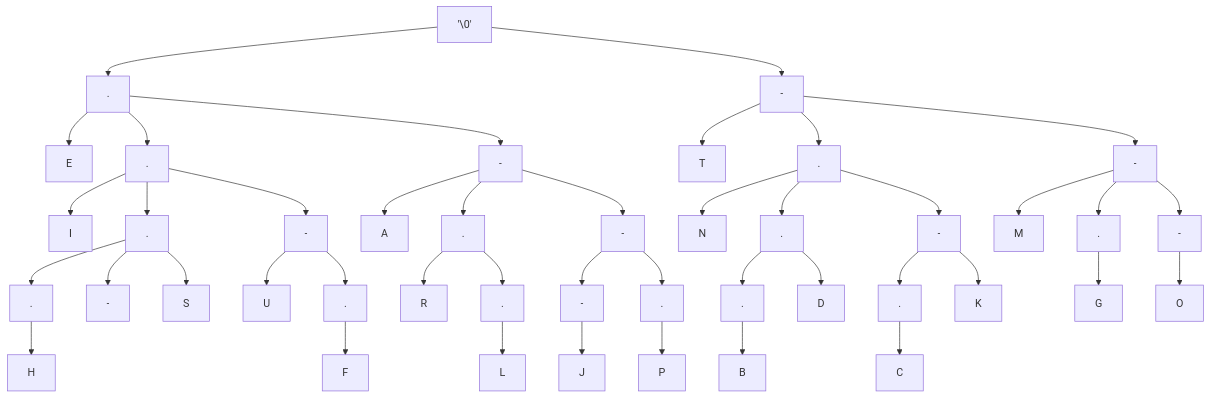
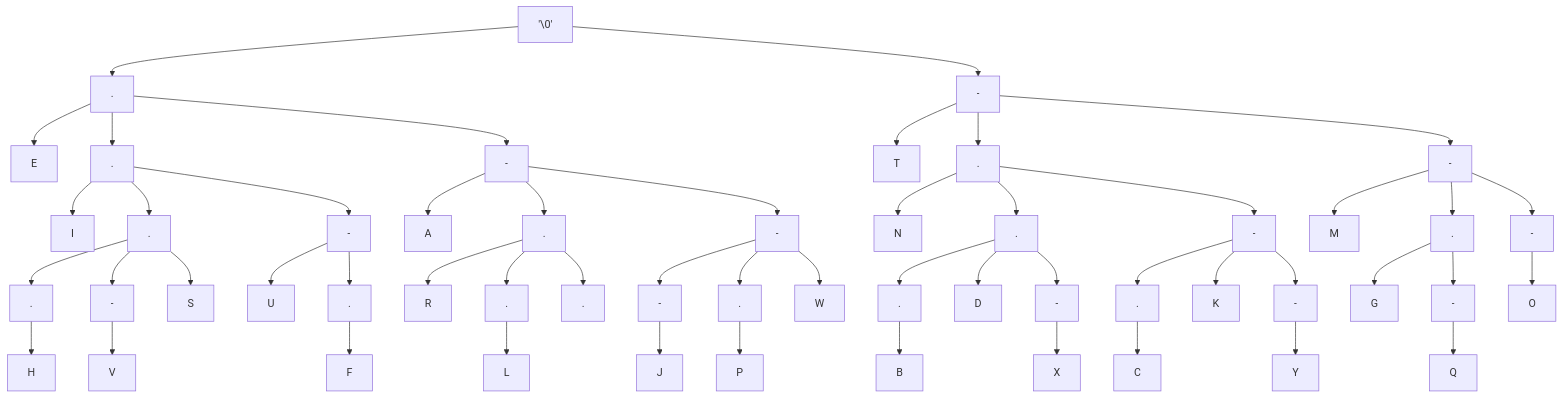
The second of 2 diagrams in morse-code/README.md (mmcnally1/arduino-projects), drawn with Mermaid before and after one commit.

````diff
--- a/morse-code/README.md
+++ b/morse-code/README.md
@@ -27,45 +27,55 @@
 ```mermaid
 graph TD;
 A['\0'] --> B[.]
 A['\0'] --> H[-]
 B[.] --> C[E]
 B[.] --> D[.]
 D[.] --> E[I]
 B[.] --> F[-]
 F[-] --> G[A]
 H[-] --> I[T]
 H[-] --> J[.]
 J[.] --> K[N]
 H[-] --> L[-]
 L[-] --> M[M]
 D[.] --> N[.]
 D[.] --> O[-]
 L[-] --> P[.]
 L[-] --> Q[-]
 F[-] --> R[.]
 F[-] --> S[-]
 N[.] --> T[.]
 N[.] --> U[-]
 N[.] --> V[S]
 J[.] --> W[.]
 J[.] --> X[-]
 O[-] --> Y[U]
 R[.] --> Z[R]
 W[.] --> AA[.]
 AA[.] --> AB[B]
 X[-] --> AC[.]
 AC[.] --> AD[C]
 W[.] --> AE[D]
 O[-] --> AF[.]
 AF[.] --> AG[F]
 P[.] --> AH[G]
 T[.] --> AI[H]
 S[-] --> AJ[-]
 AJ[-] --> AK[J]
 X[-] --> AL[K]
 R[.] --> AM[.]
 AM[.] --> AN[L]
 Q[-] --> AO[O]
 S[-] --> AP[.]
 AP[.] --> AQ[P]
+P[.] --> AR[-]
+AR[-] --> AS[Q]
+U[-] --> AT[V]
+S[-] --> AU[W]
+W[.] --> AV[-]
+AV[-] --> AW[X]
+X[-] --> AX[-]
+AX[-] --> AY[Y]
+R[.] --> AZ[.]
+
 ```
````
